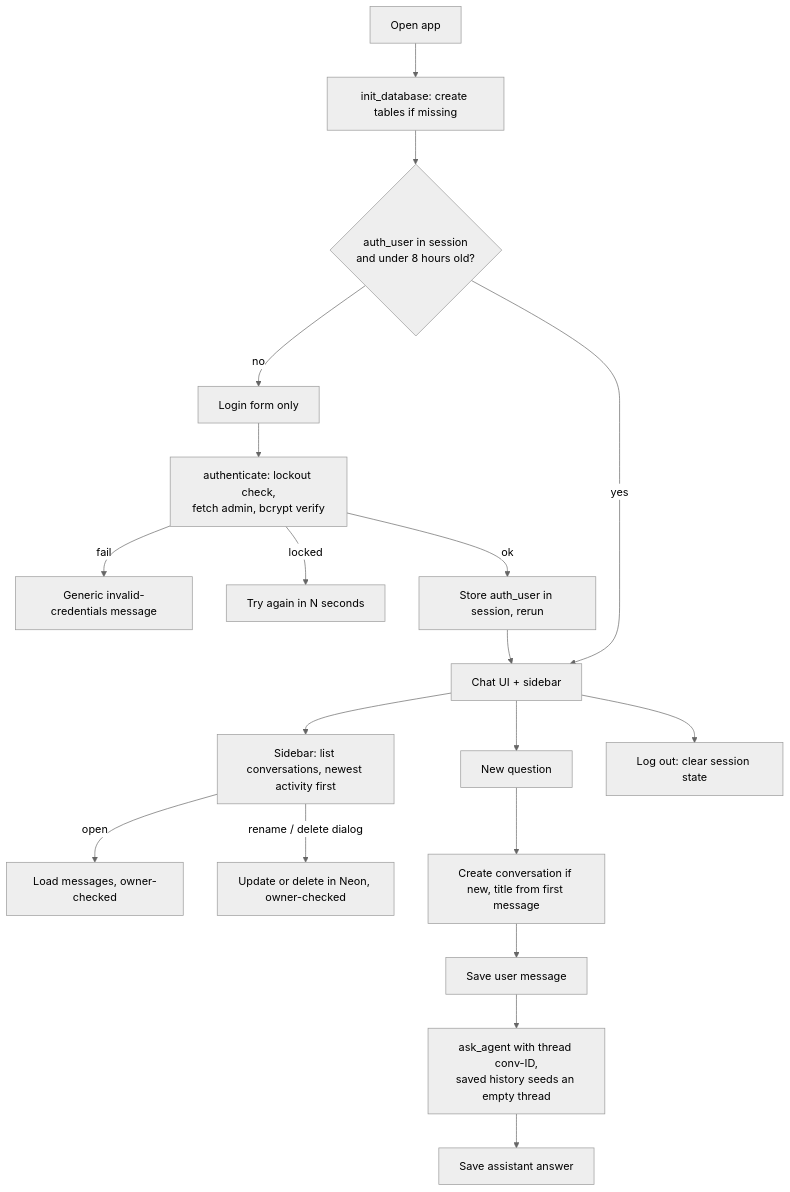
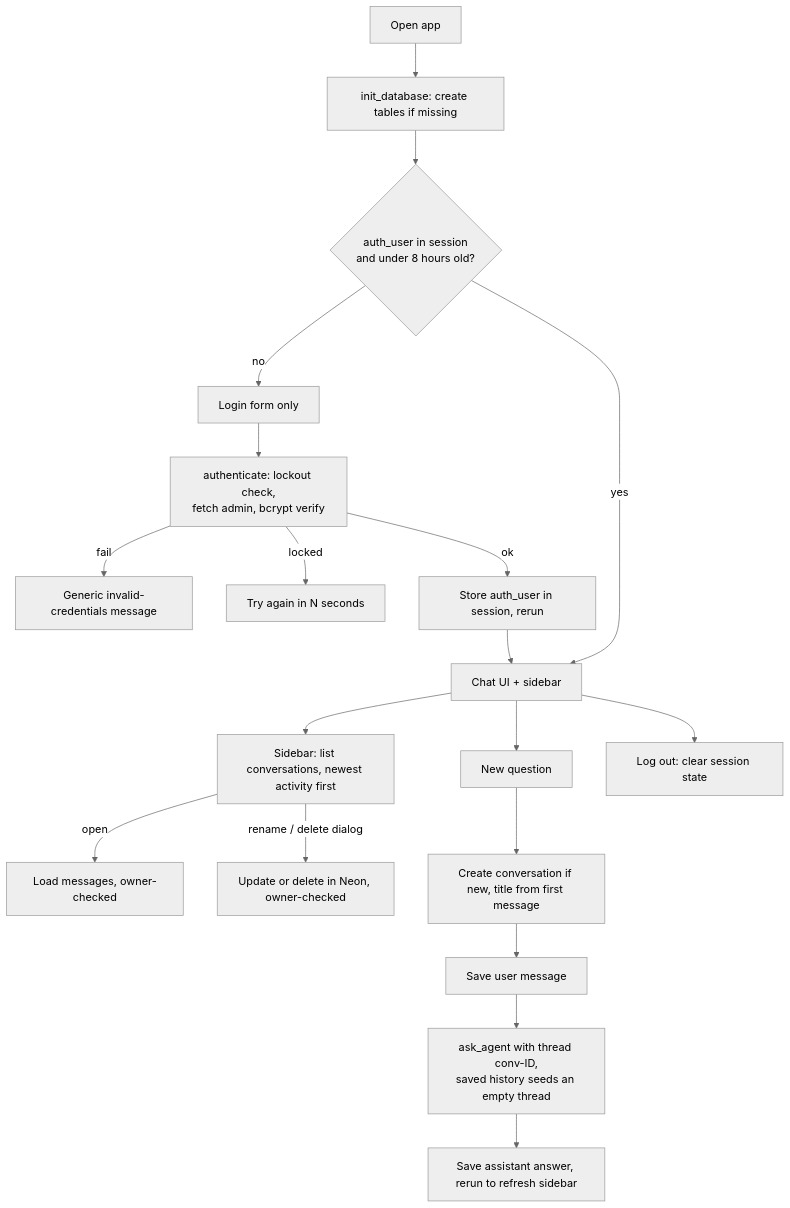
Before and after one commit to Nagendrakumarkv/FDE_COLD_CHAIN_AI: the ninth of 10 diagrams in context/workflow.md, drawn with Mermaid (neutral theme). The commit also changed other lines of this file, not shown here.

````diff
--- a/context/workflow.md
+++ b/context/workflow.md
@@ -173,21 +188,21 @@
 ```mermaid
 flowchart TD
     A[Open app] --> B[init_database: create tables if missing]
     B --> C{auth_user in session<br/>and under 8 hours old?}
     C -->|no| D[Login form only]
     D --> E[authenticate: lockout check,<br/>fetch admin, bcrypt verify]
     E -->|fail| F[Generic invalid-credentials message]
     E -->|locked| G[Try again in N seconds]
     E -->|ok| H[Store auth_user in session, rerun]
     C -->|yes| I[Chat UI + sidebar]
     H --> I
     I --> J[Sidebar: list conversations, newest activity first]
     J -->|open| K[Load messages, owner-checked]
     J -->|rename / delete dialog| L[Update or delete in Neon, owner-checked]
     I --> M[New question]
     M --> N[Create conversation if new, title from first message]
     N --> O[Save user message]
     O --> P[ask_agent with thread conv-ID,<br/>saved history seeds an empty thread]
-    P --> Q[Save assistant answer]
+    P --> Q[Save assistant answer, rerun to refresh sidebar]
     I --> R[Log out: clear session state]
 ```
````
